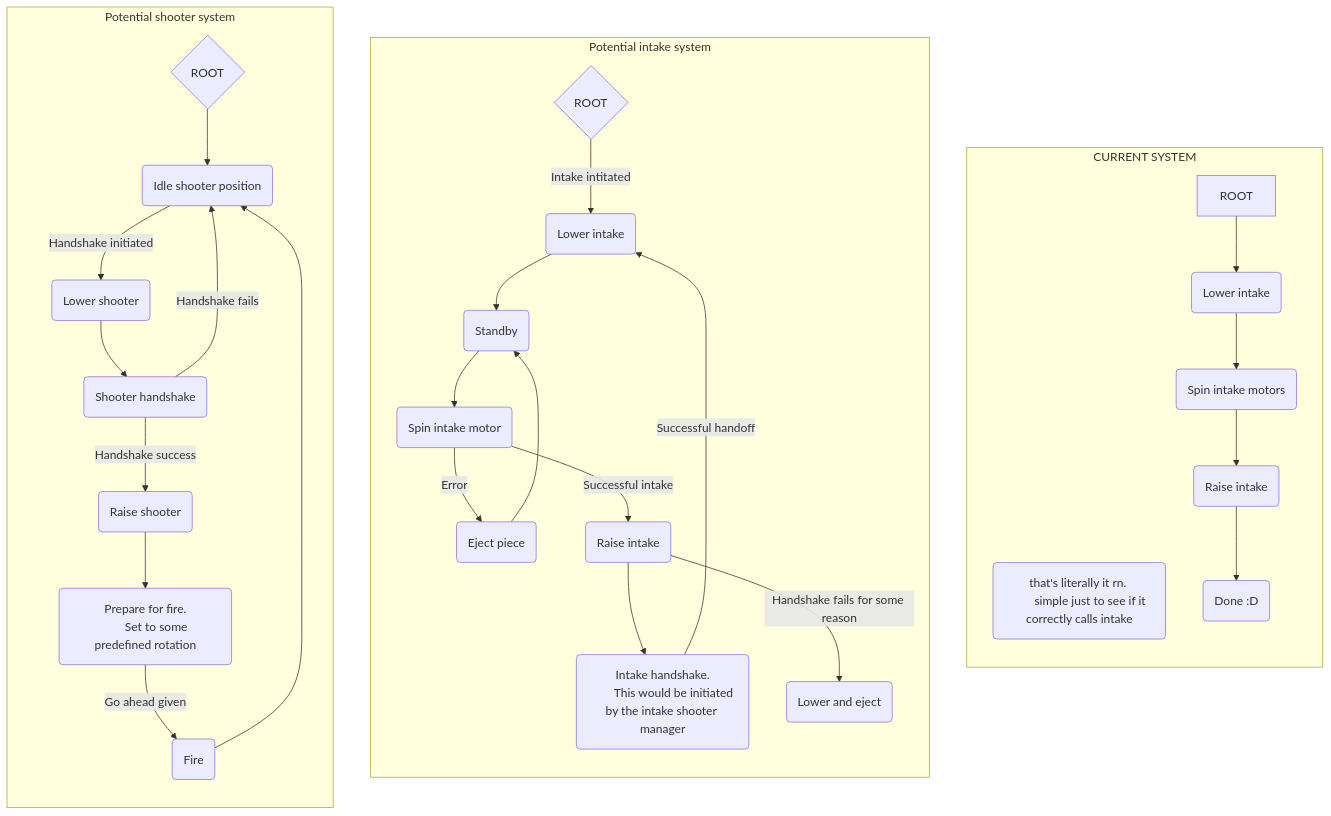
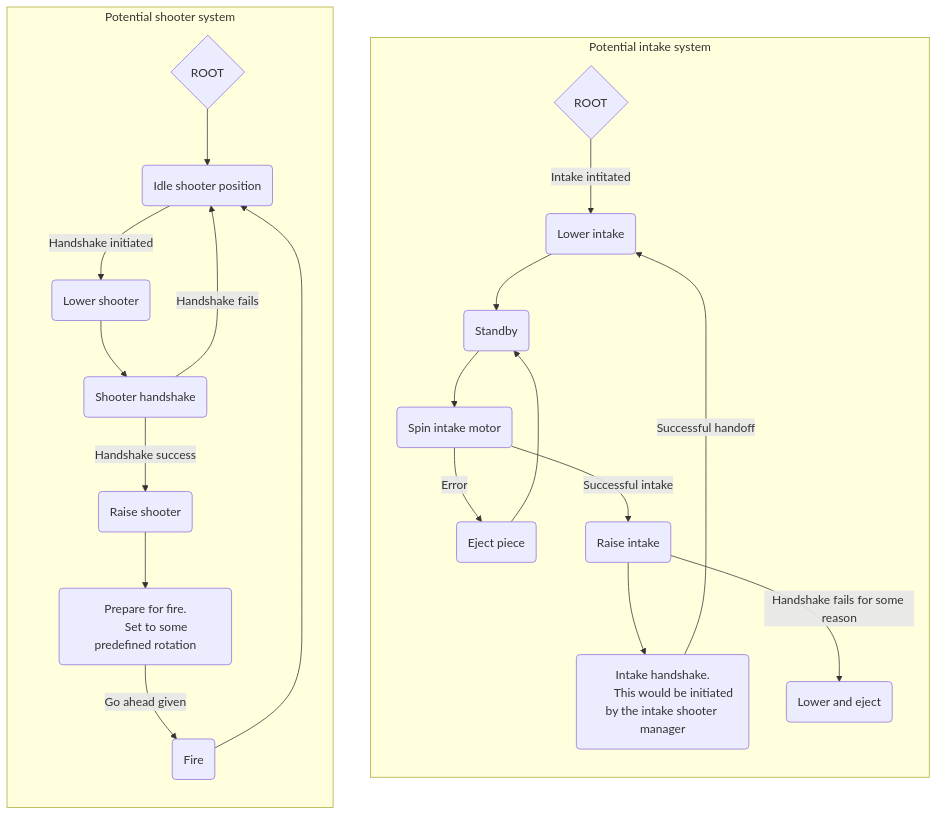
The diagram in stateMachines/testIntakeDiagram.md (Raptacon/Robot-2024), drawn with Mermaid before and after one commit.

Commit message:
Fixed diagram

````diff
--- a/stateMachines/testIntakeDiagram.md
+++ b/stateMachines/testIntakeDiagram.md
@@ -1,46 +1,34 @@
 ```mermaid
 flowchart TB
-    subgraph CURRENT SYSTEM
-        direction TB
-
-        mes(that's literally it rn. 
-        simple just to see if it correctly calls intake)
-
-        _Root[ROOT]-->_Lower(Lower intake)
-        _Lower-->_Spin(Spin intake motors)
-        _Spin-->_Raise(Raise intake)
-        _Raise-->_Done(Done :D)
-    end
-
     subgraph Potential intake system
         direction TB
 
         ROOT{ROOT}-->|Intake intitated|LowerIntake(Lower intake)
         LowerIntake-->LowerStandby(Standby)
         LowerStandby-->Spin(Spin intake motor)
 
         Spin-->|Error|Eject(Eject piece)
         Eject-->LowerStandby
 
         Spin-->|Successful intake|RaiseIntake(Raise intake)
         RaiseIntake-->IntakeHandshake(Intake handshake.
         This would be initiated by the intake shooter manager)
         RaiseIntake-->|Handshake fails for some reason|HandshakeEject(Lower and eject)
 
         IntakeHandshake-->|Successful handoff|LowerIntake
     end
 
     subgraph Potential shooter system
         direction TB
         SHOOTER_ROOT{ROOT}-->ShooterIdle(Idle shooter position)
         ShooterIdle-->|Handshake initiated|LowerShooter(Lower shooter)
         LowerShooter-->ShooterHandshake(Shooter handshake)
         ShooterHandshake-->|Handshake fails|ShooterIdle
 
         ShooterHandshake-->|Handshake success|RaiseShooter(Raise shooter)
         RaiseShooter-->PrepFire(Prepare for fire.
         Set to some predefined rotation)
         PrepFire-->|Go ahead given|Fire(Fire)
         Fire-->ShooterIdle
     end
 ```
````
